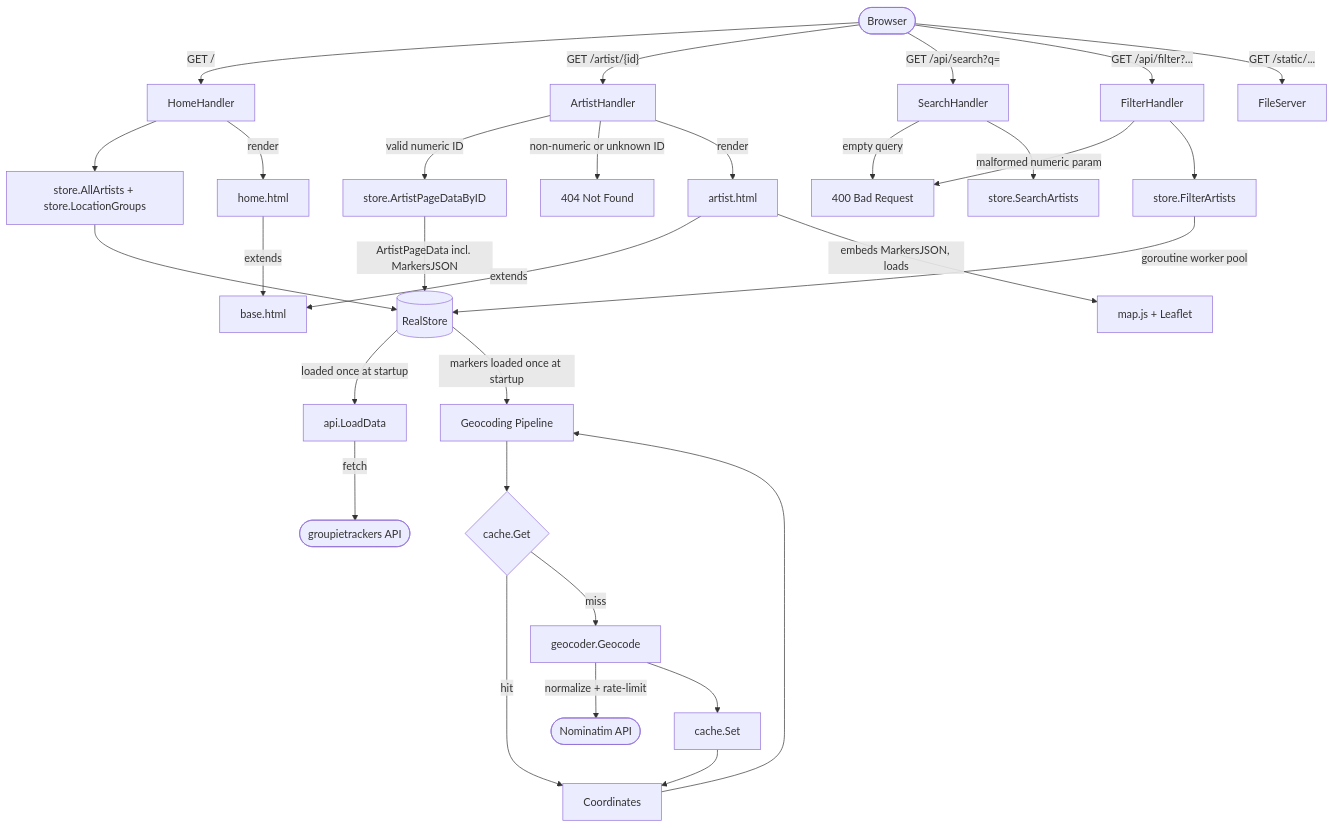
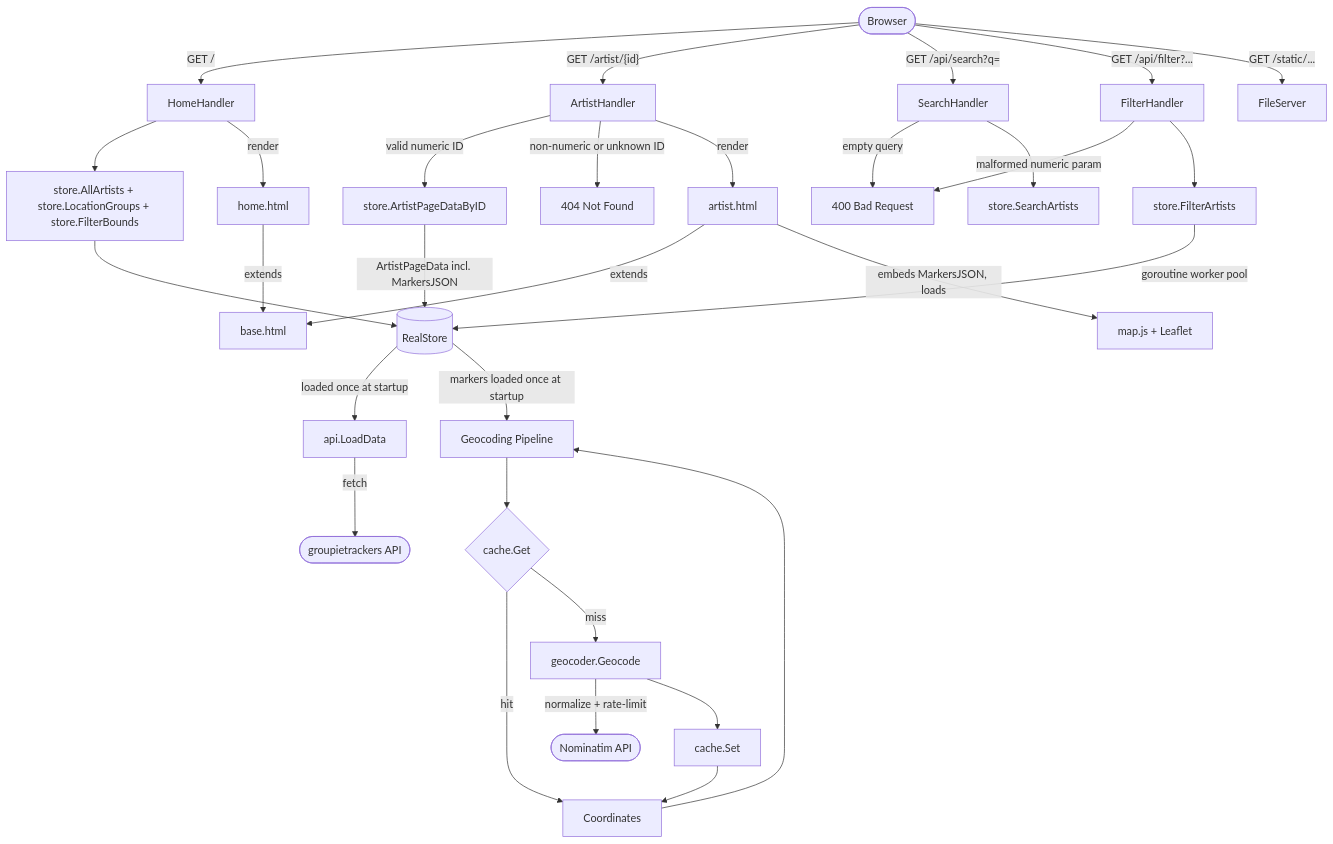
Before and after one commit to teovaira/groupie-tracker-filters: the first of 3 diagrams in DIAGRAMS.md, drawn with Mermaid.

Commit message:
docs(diagrams): add store.FilterBounds to HomeHandler data sources

````diff
--- a/DIAGRAMS.md
+++ b/DIAGRAMS.md
@@ -5,40 +5,40 @@
 ```mermaid
 flowchart TD
     A([Browser]) -->|GET /| B[HomeHandler]
     A -->|"GET /artist/{id}"| C[ArtistHandler]
     A -->|"GET /api/search?q="| D[SearchHandler]
     A -->|"GET /api/filter?..."| Y[FilterHandler]
     A -->|"GET /static/..."| E[FileServer]
 
-    B --> F[store.AllArtists + store.LocationGroups]
+    B --> F[store.AllArtists + store.LocationGroups + store.FilterBounds]
     C -->|valid numeric ID| G[store.ArtistPageDataByID]
     C -->|non-numeric or unknown ID| Q[404 Not Found]
     D -->|empty query| P[400 Bad Request]
     D --> H[store.SearchArtists]
     Y -->|malformed numeric param| P
     Y --> Z[store.FilterArtists]
 
     F --> I[(RealStore)]
     G -->|ArtistPageData incl. MarkersJSON| I
     Z -->|goroutine worker pool| I
 
     I -->|loaded once at startup| J[api.LoadData]
     J -->|fetch| K([groupietrackers API])
 
     I -->|markers loaded once at startup| R[Geocoding Pipeline]
     R --> S{cache.Get}
     S -->|hit| T[Coordinates]
     S -->|miss| U[geocoder.Geocode]
     U -->|normalize + rate-limit| V([Nominatim API])
     U --> W[cache.Set]
     W --> T
     T --> R
 
     B -->|render| L[home.html]
     C -->|render| M[artist.html]
 
     L -->|extends| N[base.html]
     M -->|extends| N
 
     M -->|embeds MarkersJSON, loads| X[map.js + Leaflet]
 ```
````
